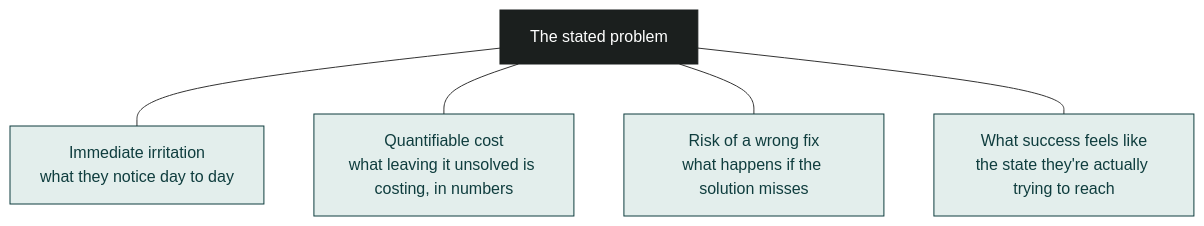
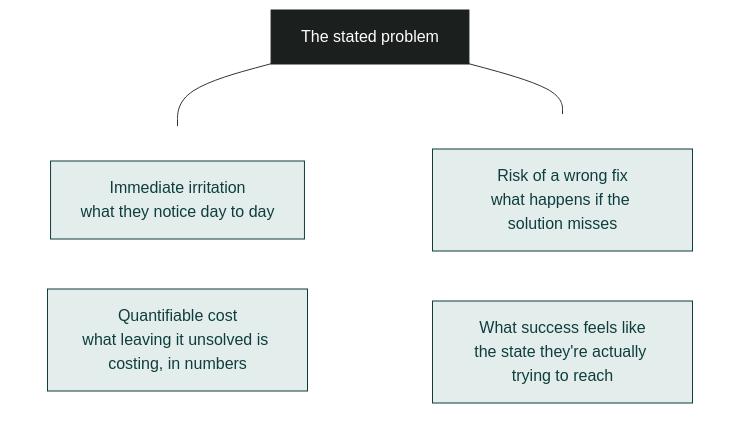
The diagram in Sales-Blueprint/visuals/diagrams/figure-5.1-buying-psychology-wheel.mmd (bcode73/samsec-sales-skill), drawn with Mermaid before and after one commit. The commit also changed 6 other files, not shown here.

First line of the commit message:
Fix diagram proportions: 7 diagrams were rendering as flat ribbons

```diff
--- a/Sales-Blueprint/visuals/diagrams/figure-5.1-buying-psychology-wheel.mmd
+++ b/Sales-Blueprint/visuals/diagrams/figure-5.1-buying-psychology-wheel.mmd
@@ -1,15 +1,25 @@
 %% Figure 5.1: The Buying Psychology Wheel
 %% Placement: manuscript/part-02-blueprint-framework/module-05-understand-the-problem.md
 %% Caption: Figure 5.1: a buyer's stated problem is a mix of four forces. Missing any one means an incomplete diagnosis.
 flowchart TD
     CENTRE["The stated problem"]
-    CENTRE --- IRRITATION["Immediate irritation\nwhat they notice day to day"]
-    CENTRE --- COST["Quantifiable cost\nwhat leaving it unsolved is costing, in numbers"]
-    CENTRE --- RISK["Risk of a wrong fix\nwhat happens if the solution misses"]
-    CENTRE --- ASPIRATION["What success feels like\nthe state they're actually trying to reach"]
+    subgraph Row1 [" "]
+        direction LR
+        IRRITATION["Immediate irritation\nwhat they notice day to day"]
+        COST["Quantifiable cost\nwhat leaving it unsolved is costing, in numbers"]
+    end
+    subgraph Row2 [" "]
+        direction LR
+        RISK["Risk of a wrong fix\nwhat happens if the solution misses"]
+        ASPIRATION["What success feels like\nthe state they're actually trying to reach"]
+    end
+    CENTRE --- Row1
+    CENTRE --- Row2
 
     classDef centre fill:#1B1F1E,stroke:#1B1F1E,color:#FFFFFF;
     classDef force fill:#E3EEEC,stroke:#0F3D3E,color:#0F3D3E;
 
     class CENTRE centre;
     class IRRITATION,COST,RISK,ASPIRATION force;
+    style Row1 fill:transparent,stroke:transparent
+    style Row2 fill:transparent,stroke:transparent
```
